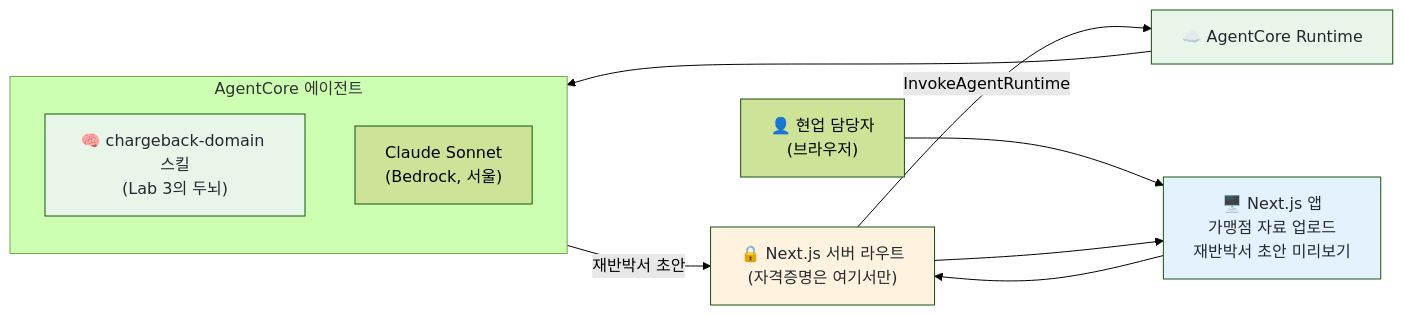
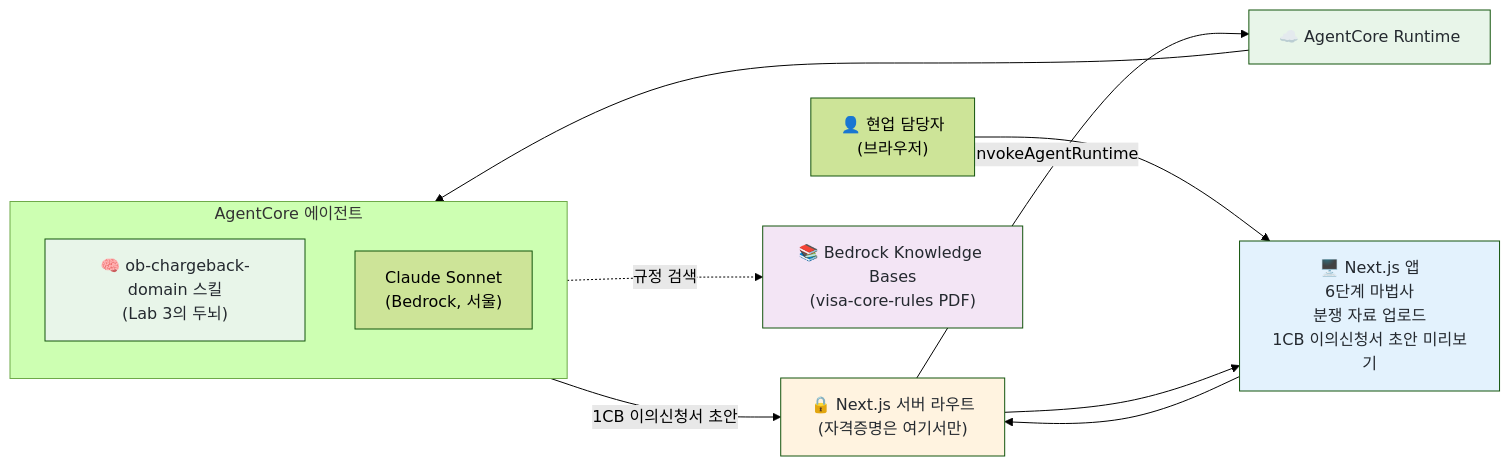
Before and after one commit to Atom-oh/claude-code-workshop: the first of 2 diagrams in workshop/labs/05-frontend-and-agentcore.md, drawn with Mermaid (forest theme). The commit also changed other lines of this file and 19 other files, not shown here.

````diff
--- a/workshop/labs/05-frontend-and-agentcore.md
+++ b/workshop/labs/05-frontend-and-agentcore.md
@@ -59,17 +62,19 @@
 ```mermaid
 graph LR
-    U["👤 현업 담당자<br/>(브라우저)"] --> FE["🖥️ Next.js 앱<br/>가맹점 자료 업로드<br/>재반박서 초안 미리보기"]
+    U["👤 현업 담당자<br/>(브라우저)"] --> FE["🖥️ Next.js 앱<br/>6단계 마법사<br/>분쟁 자료 업로드<br/>1CB 이의신청서 초안 미리보기"]
     FE --> SR["🔒 Next.js 서버 라우트<br/>(자격증명은 여기서만)"]
     SR -->|InvokeAgentRuntime| AC["☁️ AgentCore Runtime"]
     subgraph AC_INNER["AgentCore 에이전트"]
-        BRAIN["🧠 chargeback-domain 스킬<br/>(Lab 3의 두뇌)"]
+        BRAIN["🧠 ob-chargeback-domain 스킬<br/>(Lab 3의 두뇌)"]
         MODEL["Claude Sonnet<br/>(Bedrock, 서울)"]
     end
     AC --> AC_INNER
-    AC_INNER -->|재반박서 초안| SR
+    AC_INNER -.규정 검색.-> KB["📚 Bedrock Knowledge Bases<br/>(visa-core-rules PDF)"]
+    AC_INNER -->|1CB 이의신청서 초안| SR
     SR --> FE
     style FE fill:#e3f2fd,color:#24292f
     style SR fill:#fff3e0,color:#24292f
     style AC fill:#e8f5e9,color:#24292f
     style BRAIN fill:#e8f5e9,color:#24292f
+    style KB fill:#f3e5f5,color:#24292f
 ```
````
